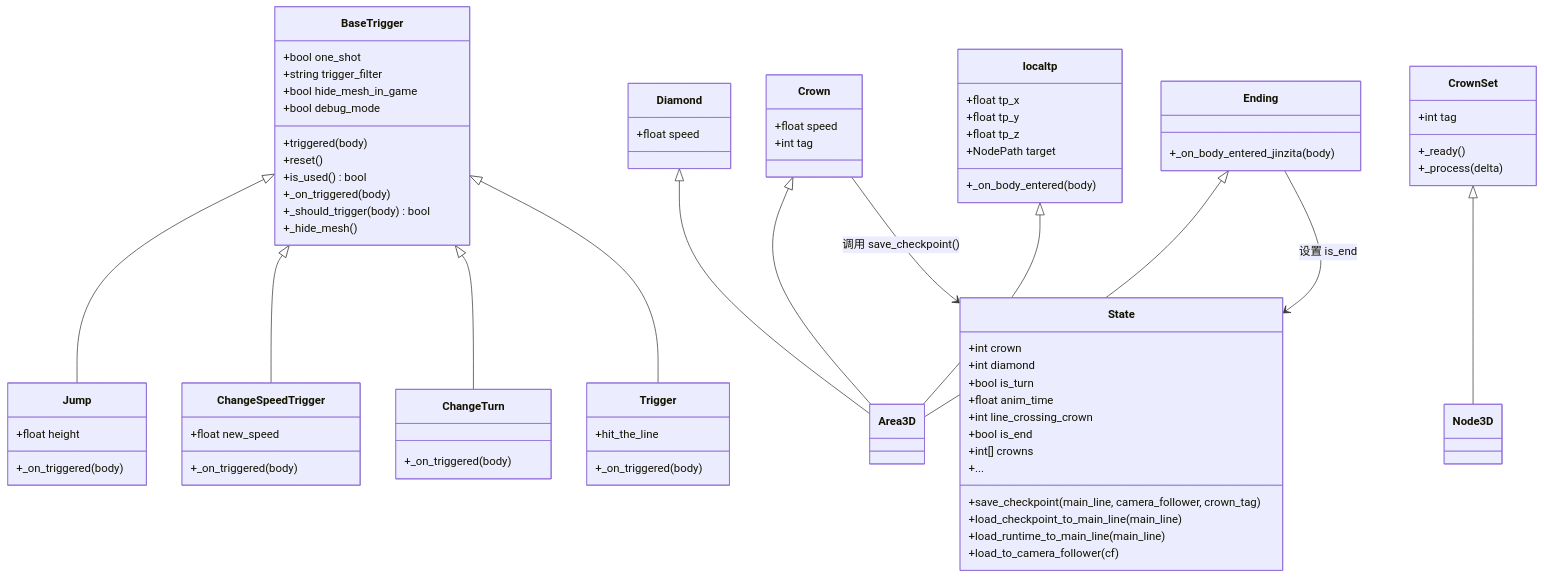
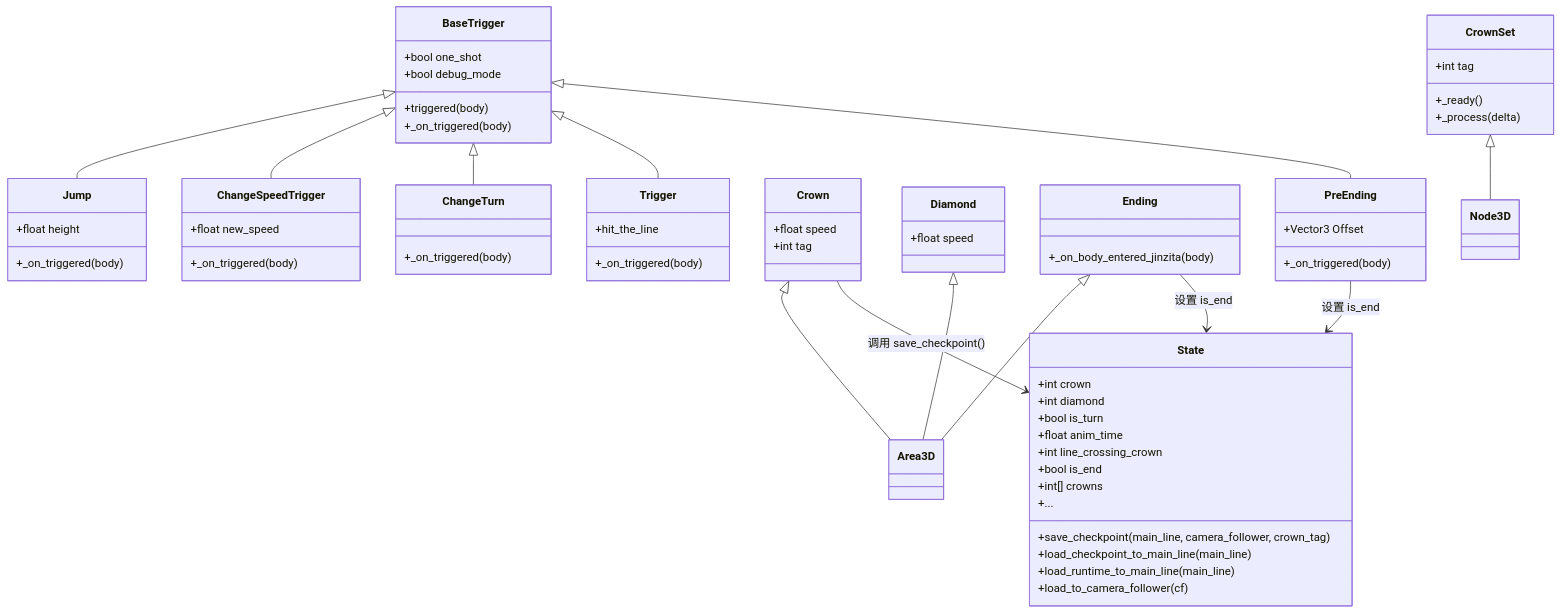
One commit to godotline/godot-line changed the seventh of 11 diagrams in .qoder/repowiki/zh/content/游戏系统/触发器系统/触发器系统.md. Above: the diagram before and after it, drawn with Mermaid. The commit also changed other lines of this file and 10 other files, not shown here.

````diff
--- a/.qoder/repowiki/zh/content/游戏系统/触发器系统/触发器系统.md
+++ b/.qoder/repowiki/zh/content/游戏系统/触发器系统/触发器系统.md
@@ -485,77 +449,69 @@
 ```mermaid
 classDiagram
 class BaseTrigger {
 +bool one_shot
-+string trigger_filter
-+bool hide_mesh_in_game
 +bool debug_mode
 +triggered(body)
-+reset()
-+is_used() bool
 +_on_triggered(body)
-+_should_trigger(body) bool
-+_hide_mesh()
 }
 class Jump {
 +float height
 +_on_triggered(body)
 }
 class ChangeSpeedTrigger {
 +float new_speed
 +_on_triggered(body)
 }
 class ChangeTurn {
 +_on_triggered(body)
 }
 class Trigger {
 +hit_the_line
 +_on_triggered(body)
 }
 class Crown {
 +float speed
 +int tag
 }
 class Diamond {
 +float speed
 }
 class CrownSet {
 +int tag
 +_ready()
 +_process(delta)
 }
 class Ending {
 +_on_body_entered_jinzita(body)
 }
-class localtp {
-+float tp_x
-+float tp_y
-+float tp_z
-+NodePath target
-+_on_body_entered(body)
+class PreEnding {
++Vector3 Offset
++_on_triggered(body)
 }
 class State {
 +int crown
 +int diamond
 +bool is_turn
 +float anim_time
 +int line_crossing_crown
 +bool is_end
 +int[] crowns
 +save_checkpoint(main_line, camera_follower, crown_tag)
 +load_checkpoint_to_main_line(main_line)
 +load_runtime_to_main_line(main_line)
 +load_to_camera_follower(cf)
 +...
 }
 BaseTrigger <|-- Jump
 BaseTrigger <|-- ChangeSpeedTrigger
 BaseTrigger <|-- ChangeTurn
 BaseTrigger <|-- Trigger
+BaseTrigger <|-- PreEnding
 Crown <|-- Area3D
 Diamond <|-- Area3D
 CrownSet <|-- Node3D
 Ending <|-- Area3D
-localtp <|-- Area3D
 Crown --> State : 调用 save_checkpoint()
 Ending --> State : 设置 is_end
+PreEnding --> State : 设置 is_end
 ```
````
